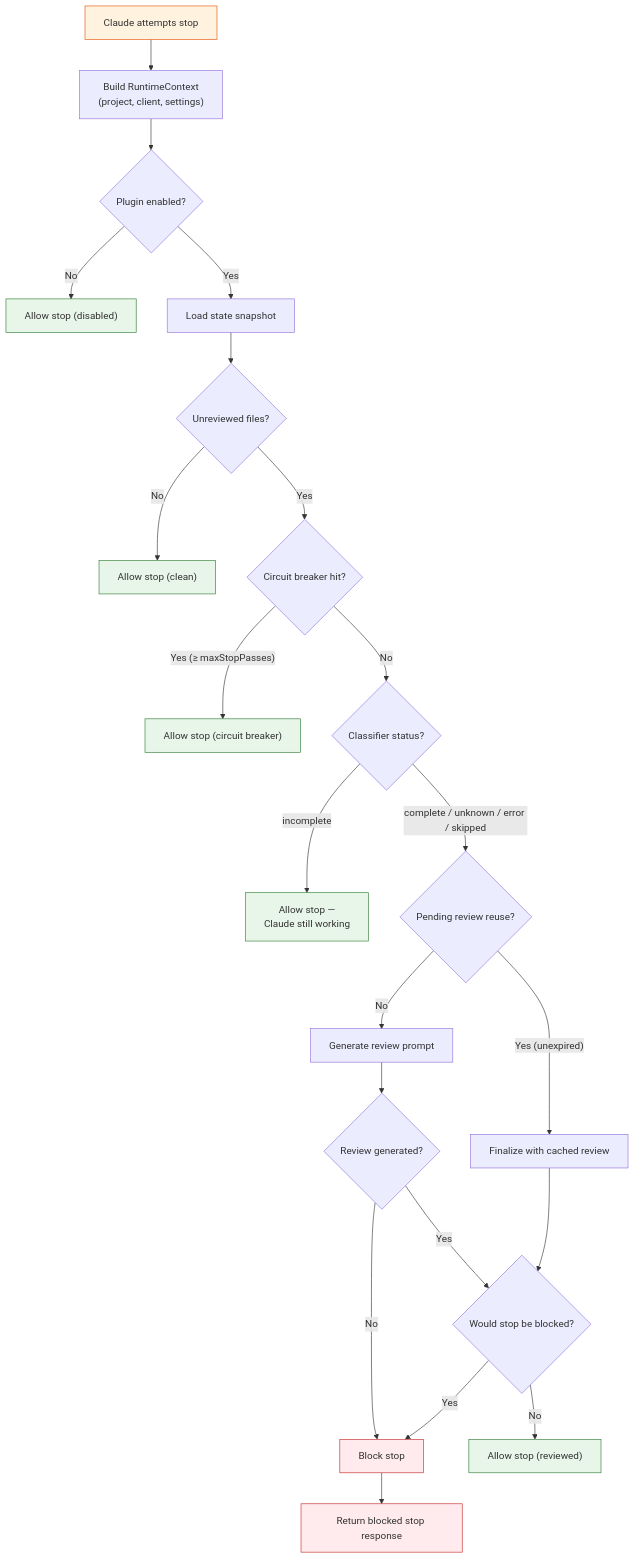
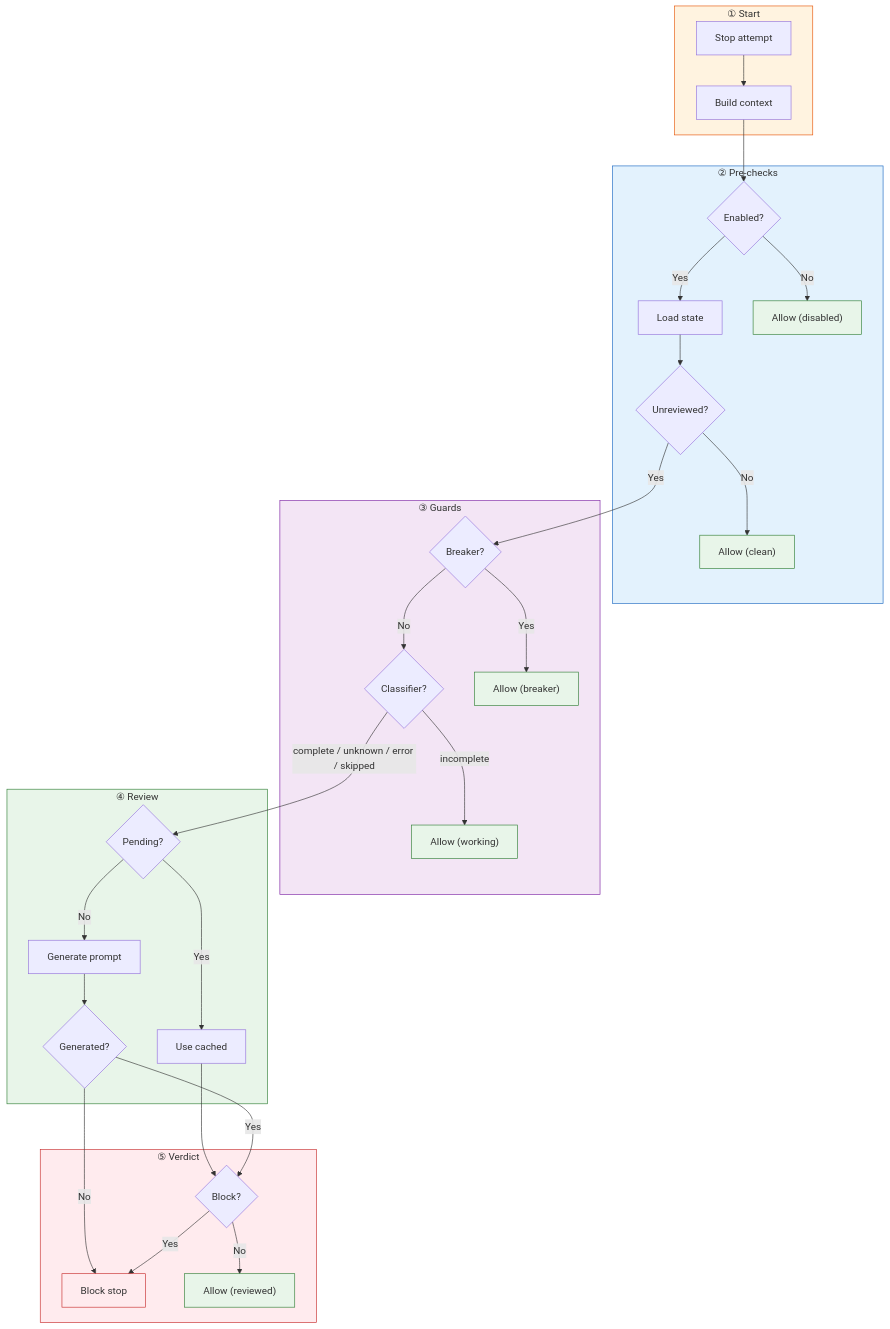
The third of 5 diagrams in README.md (tudragon154203/claude-auto-review), drawn with Mermaid before and after one commit. The commit also changed other lines of this file, not shown here.

Commit message:
docs: fix diagrams collapsing in README
Reorganize the Stop Flow and Review Prompt Generation diagrams so they
fit GitHub's column width without being scaled into unreadable shapes.

- Diagram 3 (Stop Flow): was a 13-node linear chain in TD (1027x2513,
  aspect 1:2.44). Grouped into 5 colored subgraphs (Start, Pre-checks,
  Guards, Review, Verdict) using TB direction (1433x2129, aspect 1:1.49).
- Diagram 4 (Review Prompt): was three sparse side-by-side subgraphs in
  LR (1283x372, aspect 3.45:1). Switched to TB so the subgraphs stack
  vertically (771x660, aspect 1.17:1), eliminating the squished look.

````diff
--- a/README.md
+++ b/README.md
@@ -113,32 +113,62 @@
 ```mermaid
-flowchart TD
-    STOP["Claude attempts stop"] --> CTX["Build RuntimeContext<br/>(project, client, settings)"]
-    CTX --> ENABLED{"Plugin enabled?"}
-    ENABLED -- "No" --> ALLOW_DISABLED["Allow stop (disabled)"]
-    ENABLED -- "Yes" --> STATE["Load state snapshot"]
-    STATE --> UNREVIEWED{"Unreviewed files?"}
-    UNREVIEWED -- "No" --> ALLOW_CLEAN["Allow stop (clean)"]
-    UNREVIEWED -- "Yes" --> BREAKER{"Circuit breaker hit?"}
-    BREAKER -- "Yes (≥ maxStopPasses)" --> ALLOW_BREAKER["Allow stop (circuit breaker)"]
-    BREAKER -- "No" --> CLASSIFIER{"Classifier status?"}
-    CLASSIFIER -- "incomplete" --> ALLOW_INCOMPLETE["Allow stop —<br/>Claude still working"]
-    CLASSIFIER -- "complete / unknown / error / skipped" --> PENDING{"Pending review reuse?"}
-    PENDING -- "Yes (unexpired)" --> FINALIZE_OLD["Finalize with cached review"]
-    PENDING -- "No" --> PROMPT["Generate review prompt"]
-    PROMPT --> SUCCESS{"Review generated?"}
-    SUCCESS -- "No" --> BLOCK["Block stop"]
-    SUCCESS -- "Yes" --> BLOCK2{"Would stop be blocked?"}
-    FINALIZE_OLD --> BLOCK2
-    BLOCK2 -- "No" --> ALLOW_REVIEWED["Allow stop (reviewed)"]
+flowchart TB
+    subgraph s1["① Start"]
+        STOP["Stop attempt"] --> CTX["Build context"]
+    end
+
+    subgraph s2["② Pre-checks"]
+        ENABLED{"Enabled?"}
+        STATE["Load state"]
+        UNREVIEWED{"Unreviewed?"}
+        ALLOW_DISABLED["Allow (disabled)"]
+        ALLOW_CLEAN["Allow (clean)"]
+    end
+
+    subgraph s3["③ Guards"]
+        BREAKER{"Breaker?"}
+        CLASSIFIER{"Classifier?"}
+        ALLOW_BREAKER["Allow (breaker)"]
+        ALLOW_INCOMPLETE["Allow (working)"]
+    end
+
+    subgraph s4["④ Review"]
+        PENDING{"Pending?"}
+        PROMPT["Generate prompt"]
+        SUCCESS{"Generated?"}
+        FINALIZE_OLD["Use cached"]
+    end
+
+    subgraph s5["⑤ Verdict"]
+        BLOCK2{"Block?"}
+        BLOCK["Block stop"]
+        ALLOW_REVIEWED["Allow (reviewed)"]
+    end
+
+    CTX --> ENABLED
+    ENABLED -- "Yes" --> STATE --> UNREVIEWED
+    ENABLED -- "No" --> ALLOW_DISABLED
+    UNREVIEWED -- "Yes" --> BREAKER
+    UNREVIEWED -- "No" --> ALLOW_CLEAN
+    BREAKER -- "Yes" --> ALLOW_BREAKER
+    BREAKER -- "No" --> CLASSIFIER
+    CLASSIFIER -- "incomplete" --> ALLOW_INCOMPLETE
+    CLASSIFIER -- "complete / unknown / error / skipped" --> PENDING
+    PENDING -- "Yes" --> FINALIZE_OLD --> BLOCK2
+    PENDING -- "No" --> PROMPT --> SUCCESS
+    SUCCESS -- "Yes" --> BLOCK2
+    SUCCESS -- "No" --> BLOCK
+    BLOCK2 -- "No" --> ALLOW_REVIEWED
     BLOCK2 -- "Yes" --> BLOCK
-    BLOCK --> RETURN_BLOCKED["Return blocked stop response"]
 
-    style STOP fill:#fff3e0,stroke:#e65100
+    style s1 fill:#fff3e0,stroke:#e65100
+    style s2 fill:#e3f2fd,stroke:#1565c0
+    style s3 fill:#f3e5f5,stroke:#7b1fa2
+    style s4 fill:#e8f5e9,stroke:#2e7d32
+    style s5 fill:#ffebee,stroke:#c62828
+    style BLOCK fill:#ffebee,stroke:#c62828
     style ALLOW_DISABLED fill:#e8f5e9,stroke:#2e7d32
     style ALLOW_CLEAN fill:#e8f5e9,stroke:#2e7d32
     style ALLOW_BREAKER fill:#e8f5e9,stroke:#2e7d32
     style ALLOW_INCOMPLETE fill:#e8f5e9,stroke:#2e7d32
     style ALLOW_REVIEWED fill:#e8f5e9,stroke:#2e7d32
-    style BLOCK fill:#ffebee,stroke:#c62828
-    style RETURN_BLOCKED fill:#ffebee,stroke:#c62828
 ```
````
